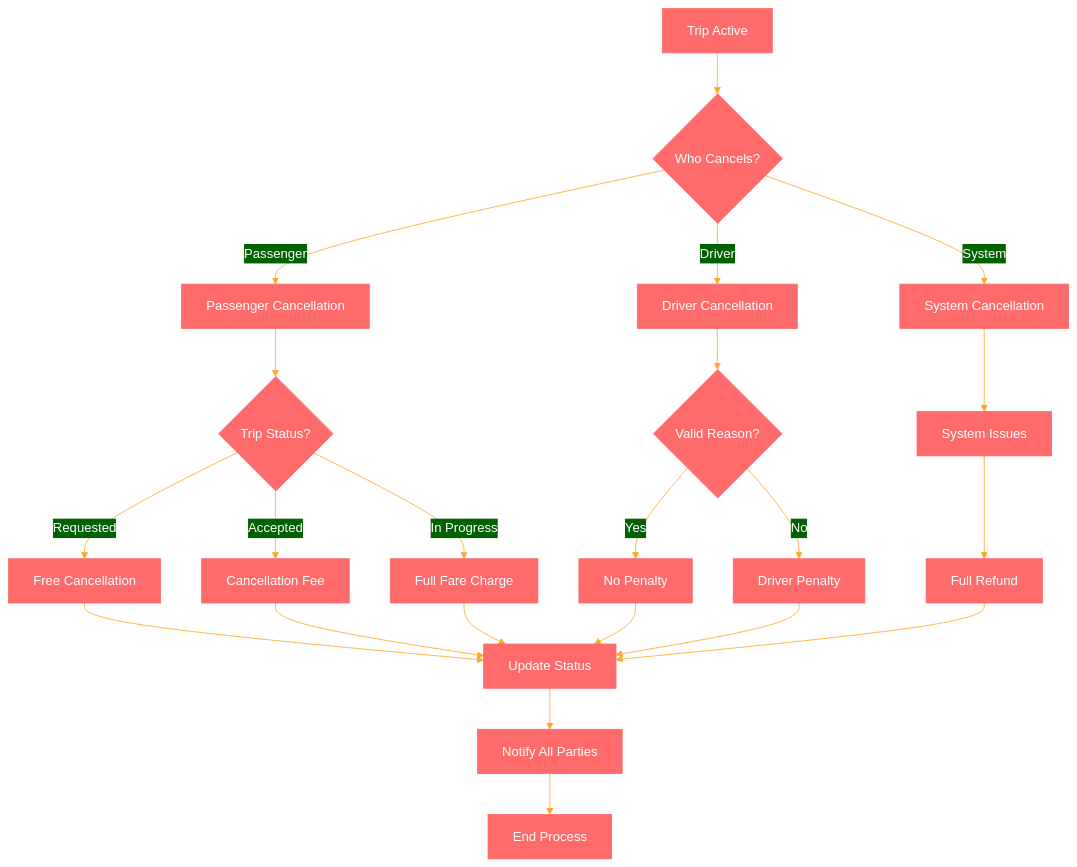
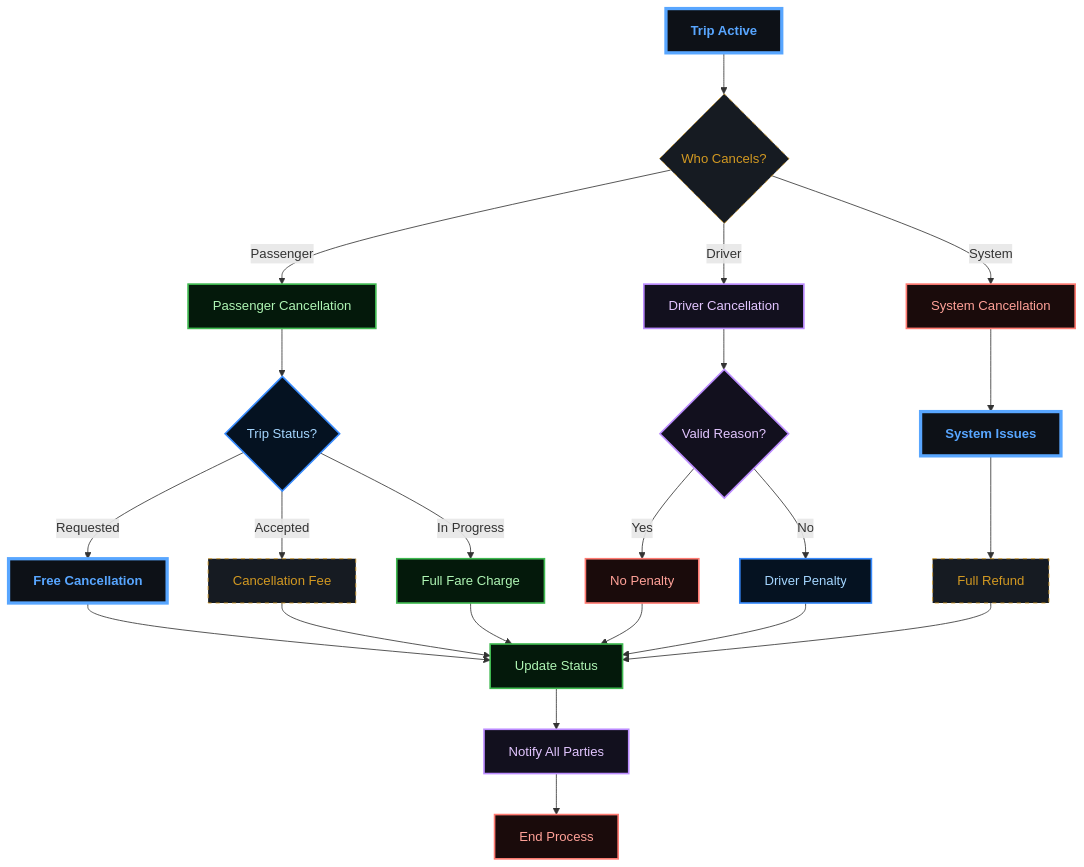
One commit to abdoElHodaky/transportapp changed the fourth of 17 diagrams in docs/BUSINESS_PROCESSES.md. Above: the diagram before and after it, drawn with Mermaid. The commit also changed other lines of this file and 9 other files, not shown here.

````diff
--- a/docs/BUSINESS_PROCESSES.md
+++ b/docs/BUSINESS_PROCESSES.md
@@ -81,30 +174,70 @@
 ```mermaid
-%%{init: {'theme':'base', 'themeVariables': {'primaryColor':'#ff6b6b','primaryTextColor':'#fff','primaryBorderColor':'#ff6b6b','lineColor':'#ffa726','sectionBkgColor':'#ff6b6b','altSectionBkgColor':'#fff','gridColor':'#fff','secondaryColor':'#006100','tertiaryColor':'#fff'}}}%%
 flowchart TD
     A[Trip Active] --> B{Who Cancels?}
     
     B -->|Passenger| C[Passenger Cancellation]
     B -->|Driver| D[Driver Cancellation]
     B -->|System| E[System Cancellation]
     
     C --> F{Trip Status?}
     F -->|Requested| G[Free Cancellation]
     F -->|Accepted| H[Cancellation Fee]
     F -->|In Progress| I[Full Fare Charge]
     
     D --> J{Valid Reason?}
     J -->|Yes| K[No Penalty]
     J -->|No| L[Driver Penalty]
     
     E --> M[System Issues]
     M --> N[Full Refund]
     
     G --> O[Update Status]
     H --> O
     I --> O
     K --> O
     L --> O
     N --> O
     O --> P[Notify All Parties]
     P --> Q[End Process]
+
+    %% --- DARK GRADIENT & GLOW STYLING ---
+    
+    %% Main Dashboard (Neon Cyan/Blue)
+    classDef main fill:#0d1117,stroke:#58a6ff,stroke-width:4px,color:#58a6ff,font-weight:bold;
+    
+    %% Decision Diamond (Gold Glow)
+    classDef decision fill:#161b22,stroke:#d29922,color:#d29922,stroke-dasharray: 5 5;
+    
+    %% Revenue (Emerald Gradient Style)
+    classDef revNode fill:#04190b,stroke:#3fb950,color:#aff5b4,stroke-width:2px;
+    
+    %% Commission (Purple Gradient Style)
+    classDef commNode fill:#12101e,stroke:#bc8cff,color:#e2c5ff,stroke-width:2px;
+    
+    %% Refund (Ruby Gradient Style)
+    classDef refNode fill:#1a0b0b,stroke:#ff7b72,color:#ffa198,stroke-width:2px;
+    
+    %% Earnings (Sapphire Gradient Style)
+    classDef earnNode fill:#051221,stroke:#388bfd,color:#a5d6ff,stroke-width:2px;
+
+    class A main;
+    class B decision;
+    class C revNode;
+    class D commNode;
+    class E refNode;
+    class F earnNode;
+    class G main;
+    class H decision;
+    class I revNode;
+    class J commNode;
+    class K refNode;
+    class L earnNode;
+    class M main;
+    class N decision;
+    class O revNode;
+    class P commNode;
+    class Q refNode;
+    class R earnNode;
+    class S main;
+    class Y decision;
 ```
````
